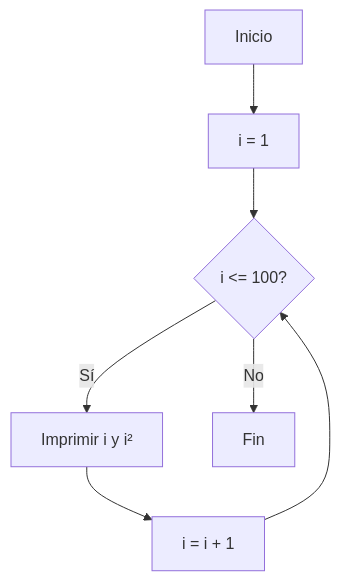
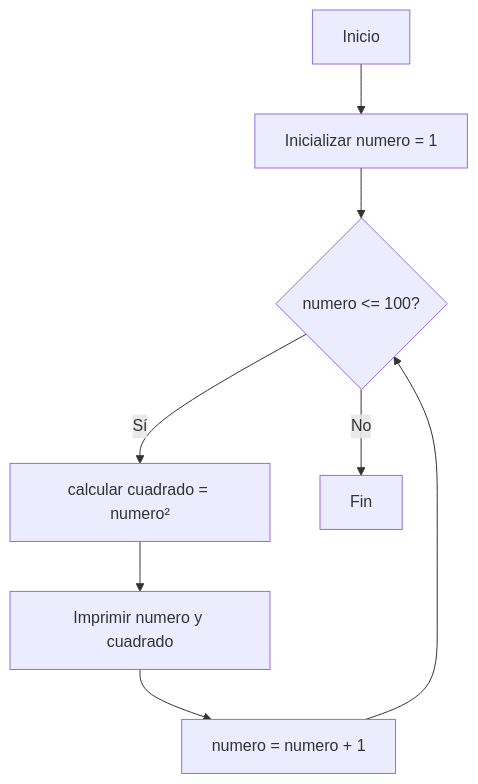
One commit to dsgelvez/Reto_06 changed the first of 3 diagrams in README.md. Above: the diagram before and after it, drawn with Mermaid. The commit also changed other lines of this file, not shown here.

````diff
--- a/README.md
+++ b/README.md
@@ -14,9 +14,10 @@
 ```mermaid
 flowchart TD
-    A[Inicio] --> B[i = 1]
-    B --> C{"i <= 100?"}
-    C -->|Sí| D[Imprimir i y i²]
-    D --> E[i = i + 1]
-    E --> C
-    C -->|No| F[Fin]
+    A[Inicio] --> B[Inicializar numero = 1]
+    B --> C{"numero <= 100?"}
+    C -->|Sí| D[calcular cuadrado = numero²]
+    D --> E[Imprimir numero y cuadrado]
+    E --> F[numero = numero + 1]
+    F --> C
+    C -->|No| G[Fin]
 ```
````
